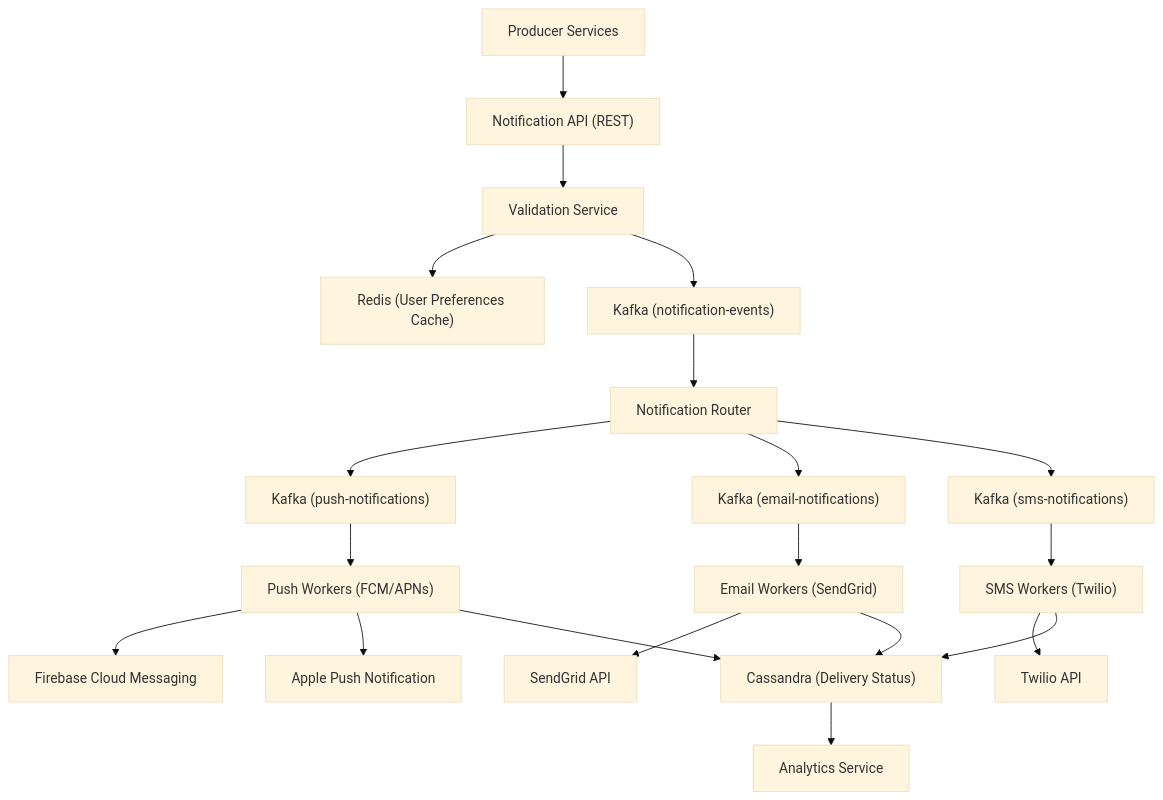
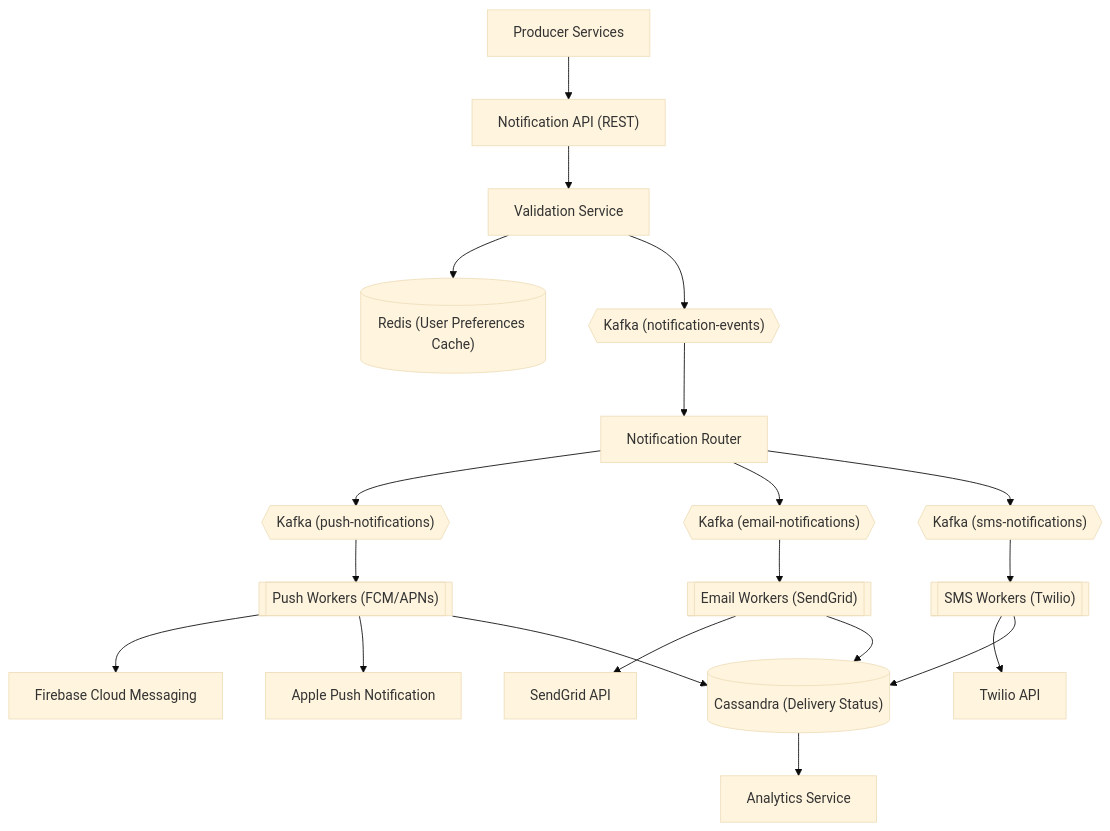
One commit to ShanmugaGanesh1999/Portfolio changed the third of 3 diagrams in docs/prep/System Design/03-Estimation/03-interview-examples.md. Above: the diagram before and after it, drawn with Mermaid (base theme). The commit also changed other lines of this file and 40 other files, not shown here.

First line of the commit message:
Refactor diagram node rendering to use reusable shape components

````diff
--- a/docs/prep/System Design/03-Estimation/03-interview-examples.md
+++ b/docs/prep/System Design/03-Estimation/03-interview-examples.md
@@ -571,30 +571,30 @@
 ```mermaid
 graph TD
     Producer["Producer Services"] --> API["Notification API (REST)"]
     
     API --> Validator["Validation Service"]
-    Validator --> PreferenceDB["Redis (User Preferences Cache)"]
+    Validator --> PreferenceDB[("Redis (User Preferences Cache)")]
     
-    Validator --> Kafka["Kafka (notification-events)"]
+    Validator --> Kafka{{"Kafka (notification-events)"}}
     
     Kafka --> Router["Notification Router"]
     
-    Router --> PushQueue["Kafka (push-notifications)"]
-    Router --> EmailQueue["Kafka (email-notifications)"]
-    Router --> SMSQueue["Kafka (sms-notifications)"]
+    Router --> PushQueue{{"Kafka (push-notifications)"}}
+    Router --> EmailQueue{{"Kafka (email-notifications)"}}
+    Router --> SMSQueue{{"Kafka (sms-notifications)"}}
     
-    PushQueue --> PushWorker["Push Workers (FCM/APNs)"]
-    EmailQueue --> EmailWorker["Email Workers (SendGrid)"]
-    SMSQueue --> SMSWorker["SMS Workers (Twilio)"]
+    PushQueue --> PushWorker[["Push Workers (FCM/APNs)"]]
+    EmailQueue --> EmailWorker[["Email Workers (SendGrid)"]]
+    SMSQueue --> SMSWorker[["SMS Workers (Twilio)"]]
     
     PushWorker --> FCM["Firebase Cloud Messaging"]
     PushWorker --> APNs["Apple Push Notification"]
     EmailWorker --> SendGrid["SendGrid API"]
     SMSWorker --> Twilio["Twilio API"]
     
-    PushWorker --> StatusDB["Cassandra (Delivery Status)"]
+    PushWorker --> StatusDB[("Cassandra (Delivery Status)")]
     EmailWorker --> StatusDB
     SMSWorker --> StatusDB
     
     StatusDB --> AnalyticsService["Analytics Service"]
 ```
````
